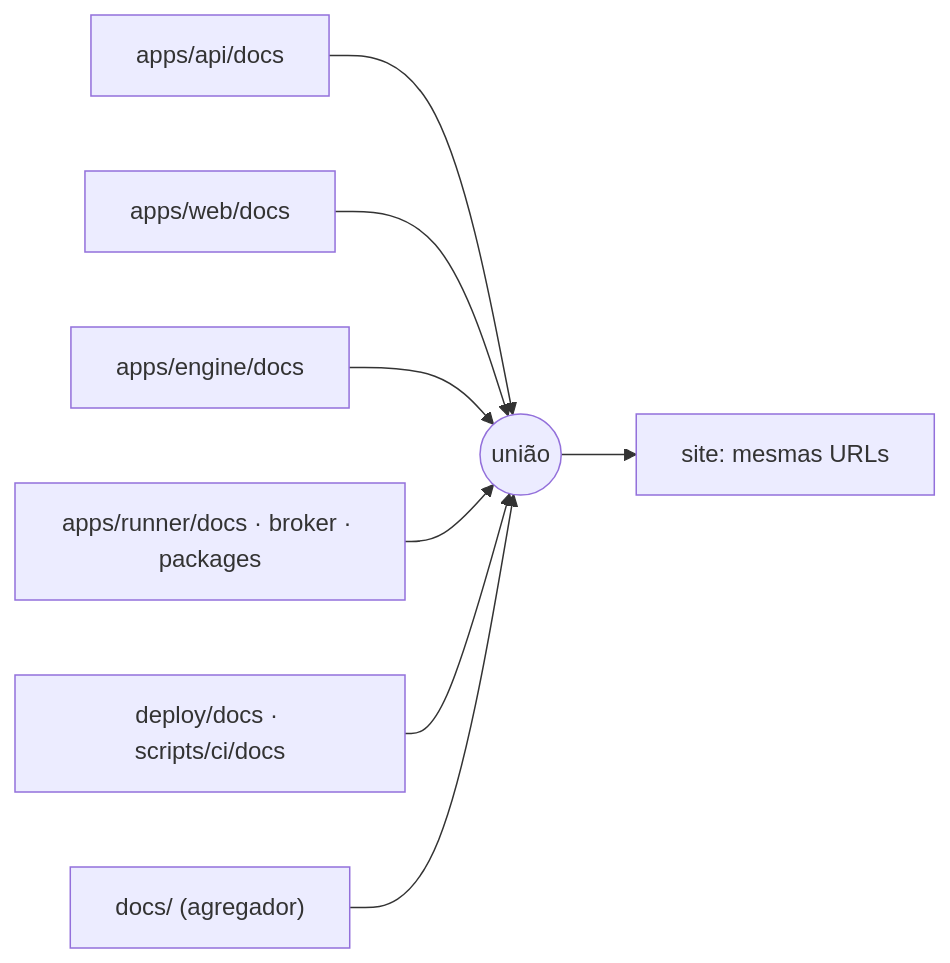
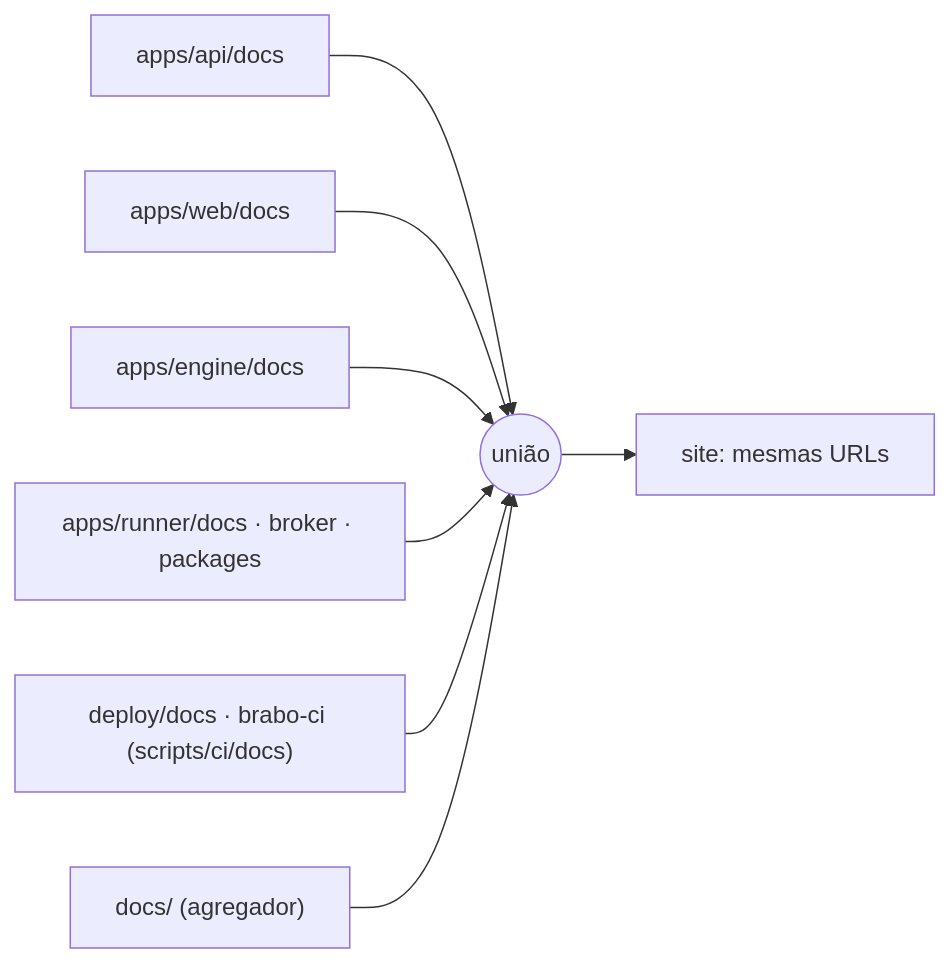
Before and after one commit to viralabs-dev/brabo: the second of 2 diagrams in docs/explanation/documentation-workflow.md, drawn with Mermaid. The commit also changed 26 other files, not shown here.

````diff
--- a/docs/explanation/documentation-workflow.md
+++ b/docs/explanation/documentation-workflow.md
@@ -1059,10 +1059,10 @@
 ```mermaid
 flowchart LR
   A["apps/api/docs"] --> U
   W["apps/web/docs"] --> U
   E["apps/engine/docs"] --> U
   R["apps/runner/docs · broker · packages"] --> U
-  I["deploy/docs · scripts/ci/docs"] --> U
+  I["deploy/docs · brabo-ci (scripts/ci/docs)"] --> U
   P["docs/ (agregador)"] --> U
   U(("união")) --> S["site: mesmas URLs"]
 ```
````
